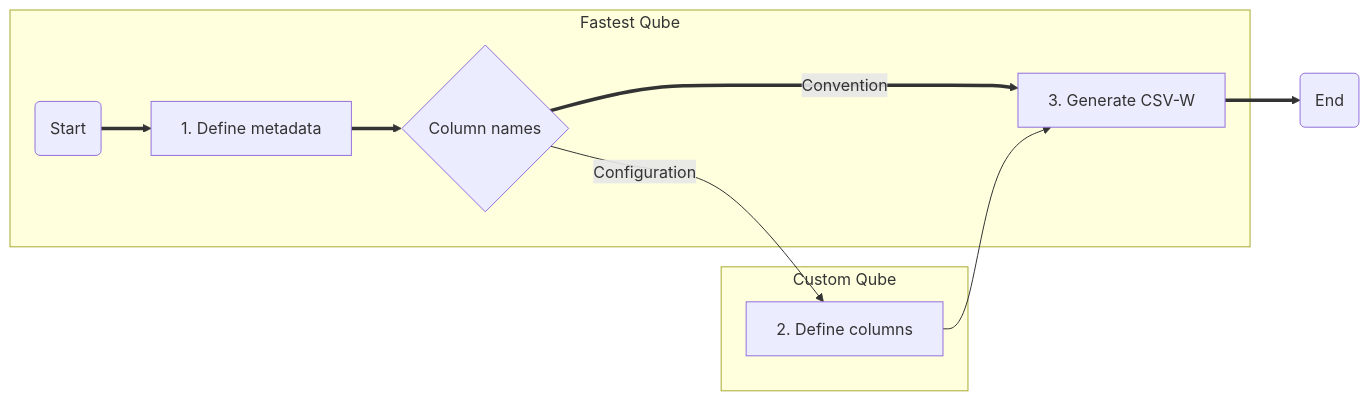
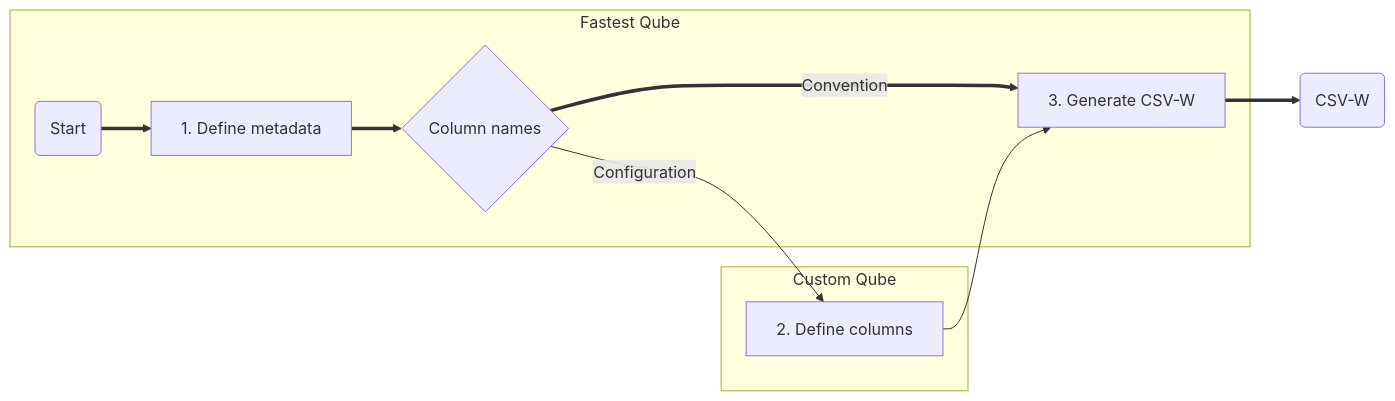
The diagram in external-docs/docs/guides/qube-config.md (ONSdigital/csvcubed), drawn with Mermaid before and after one commit. The commit also changed other lines of this file and 1 other file, not shown here.

````diff
--- a/external-docs/docs/guides/qube-config.md
+++ b/external-docs/docs/guides/qube-config.md
@@ -17,13 +17,13 @@
 ```mermaid
 graph LR
 	subgraph "Fastest Qube"
 		A(Start) ==> B[1. Define metadata];
 		B ==> C{"Column names"};
 		C == Convention ==> D
 	end
 	subgraph "Custom Qube"
 		C -- Configuration --> 1["2. Define columns"] --> D;
 	end
 	
-	D["3. Generate CSV-W"] ==> F(End);
+	D["3. Generate CSV-W"] ==> F(CSV-W);
 ```
````
